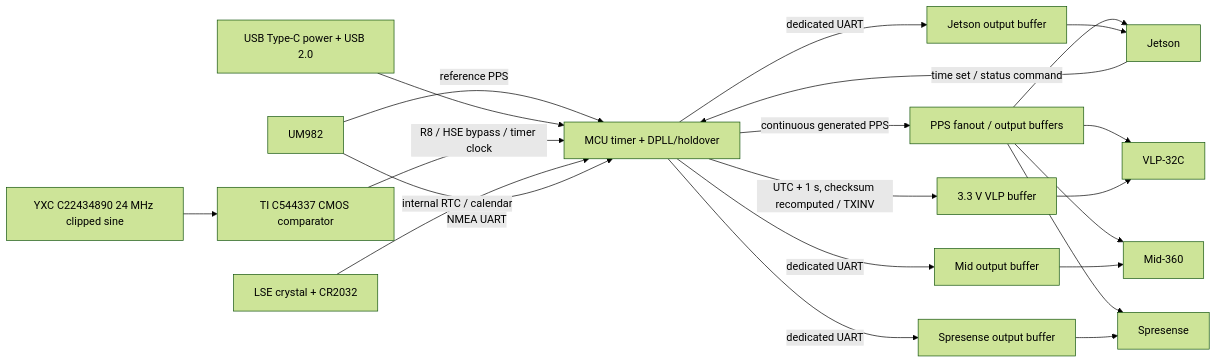
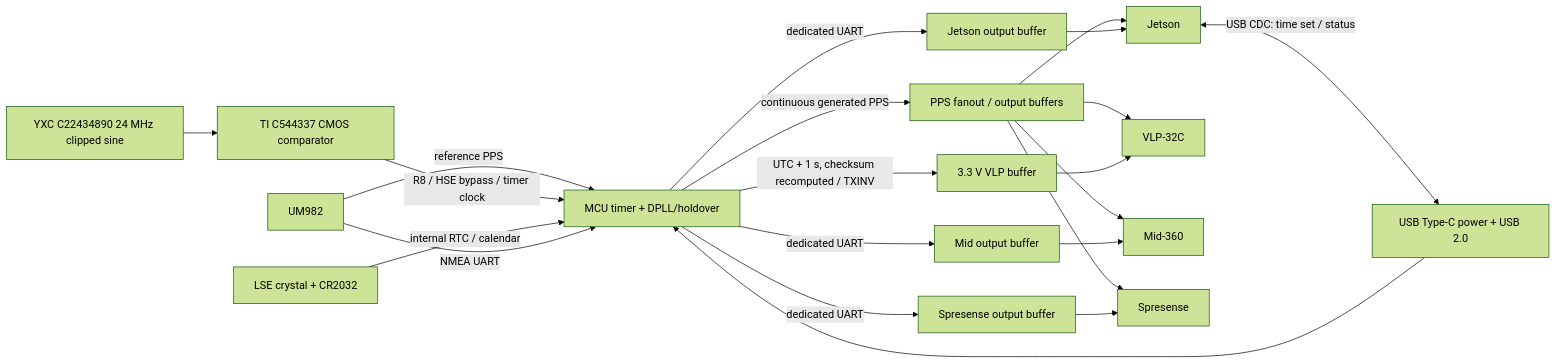
The diagram in plan/design.md (CoderDojoMusashikosugi/cub_2026_timing_sync_if_board), drawn with Mermaid (forest theme) before and after one commit. The commit also changed other lines of this file and 3 other files, not shown here.

````diff
--- a/plan/design.md
+++ b/plan/design.md
@@ -89,23 +89,23 @@
 ```mermaid
 flowchart LR
     UM[UM982] -->|reference PPS| MCU[MCU timer + DPLL/holdover]
     USB[USB Type-C power + USB 2.0] --> MCU
     TCXO[YXC C22434890 24 MHz clipped sine] --> CMP[TI C544337 CMOS comparator]
     CMP -->|R8 / HSE bypass / timer clock| MCU
     LSE[LSE crystal + CR2032] -->|internal RTC / calendar| MCU
     UM -->|NMEA UART| MCU
     MCU -->|continuous generated PPS| FAN[PPS fanout / output buffers]
     FAN --> JET[Jetson]
     FAN --> VLP[VLP-32C]
     FAN --> MID[Mid-360]
     FAN --> SPR[Spresense]
-    JET -->|time set / status command| MCU
+    JET <-->|USB CDC: time set / status| USB
     MCU -->|dedicated UART| JBUF[Jetson output buffer]
     JBUF --> JET
     MCU -->|dedicated UART| MBUF[Mid output buffer]
     MBUF --> MID
     MCU -->|dedicated UART| SBUF[Spresense output buffer]
     SBUF --> SPR
     MCU -->|UTC + 1 s, checksum recomputed / TXINV| INV[3.3 V VLP buffer]
     INV --> VLP
 ```
````
